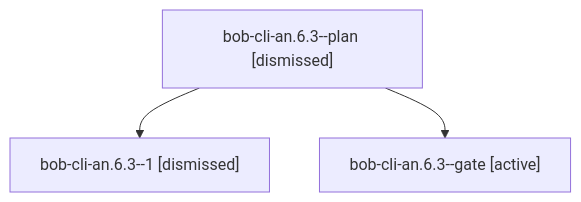
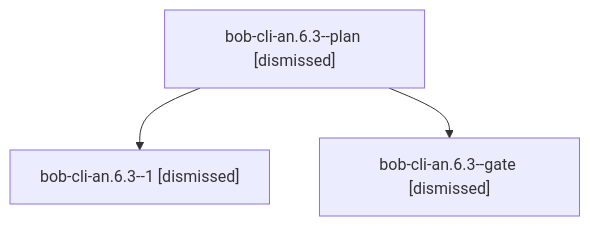
The diagram in sessions/bbugyi200.athena.bob-cli-an.6.3.md (bobs-org/bob-cli--agents), drawn with Mermaid before and after one commit. The commit also changed other lines of this file and 557 other files, not shown here.

````diff
--- a/sessions/bbugyi200.athena.bob-cli-an.6.3.md
+++ b/sessions/bbugyi200.athena.bob-cli-an.6.3.md
@@ -9,8 +9,8 @@
 ```mermaid
 flowchart TD
   n0["bob-cli-an.6.3--plan [dismissed]"]
   n1["bob-cli-an.6.3--1 [dismissed]"]
   n0 --> n1
-  n2["bob-cli-an.6.3--gate [active]"]
+  n2["bob-cli-an.6.3--gate [dismissed]"]
   n0 --> n2
 ```
````
